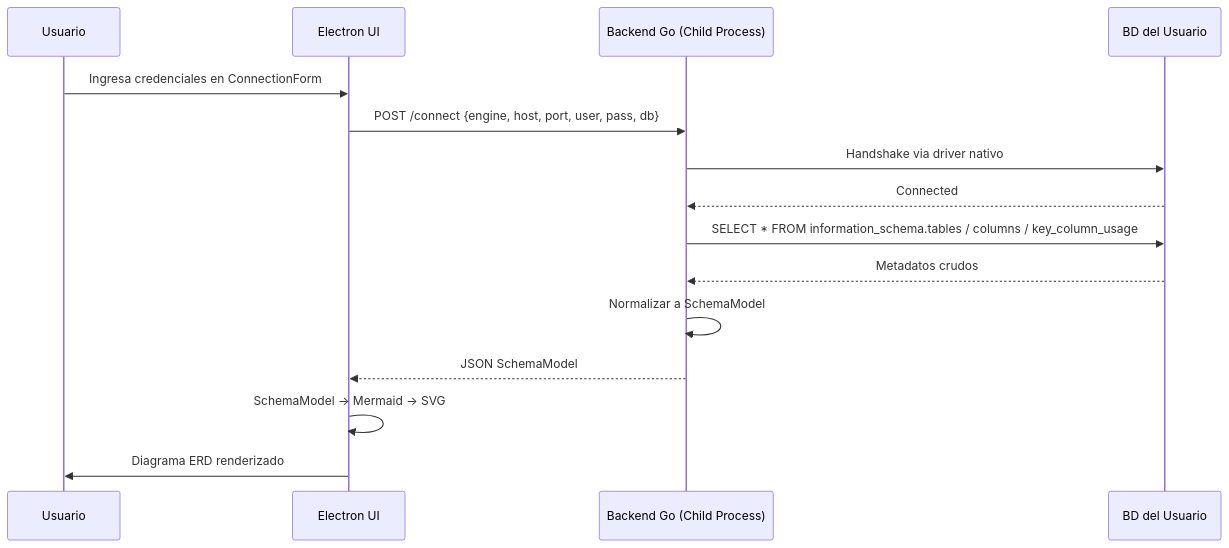
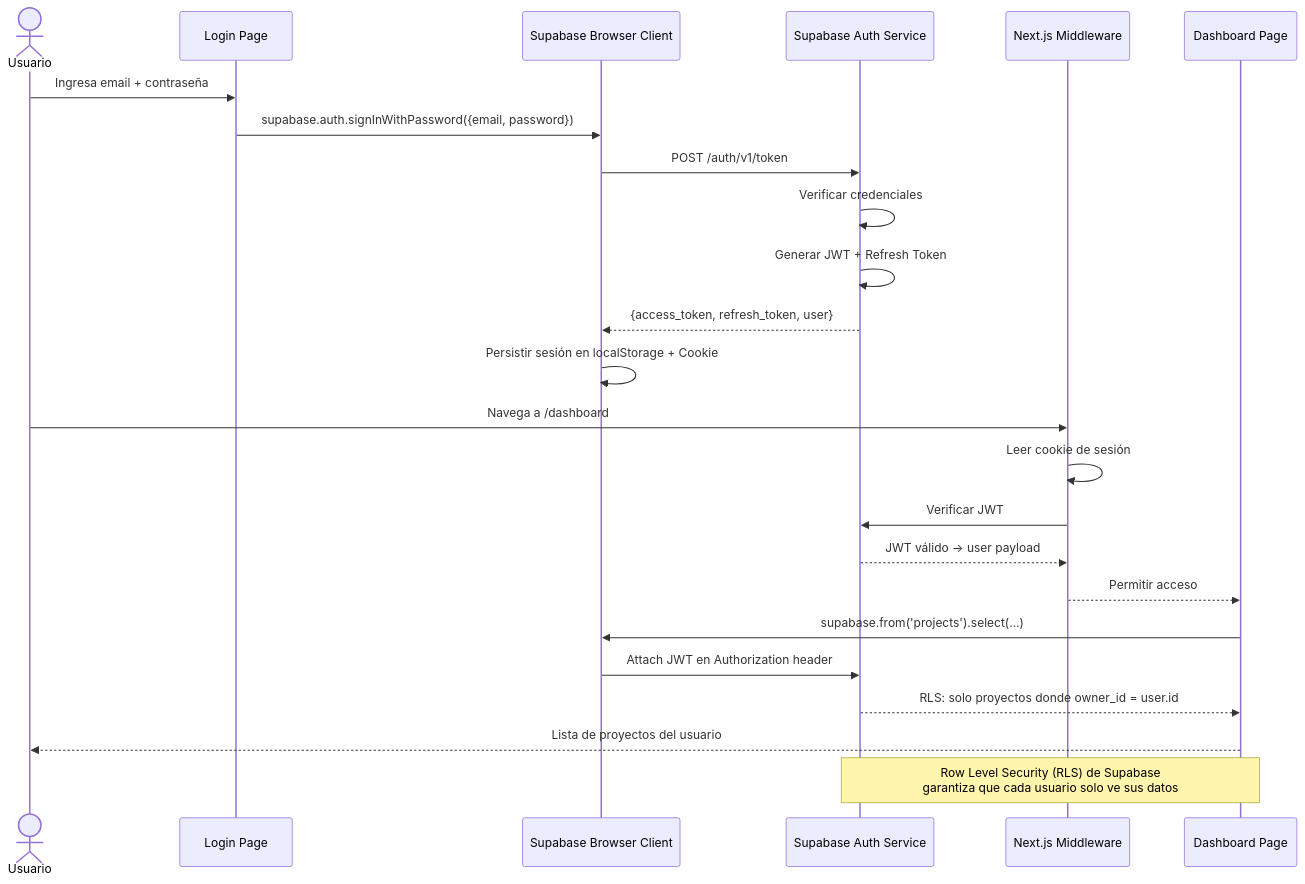
The ninth of 18 diagrams in doc/entregables_upt/FD04-Informe-Arquitectura-Software.md (iovargasjeff/fluxsql), drawn with Mermaid before and after one commit. The commit also changed other lines of this file and 2 other files, not shown here.

Commit message:
docs: add project documentation, architecture reports, and proposal files to deliverables repository

````diff
--- a/doc/entregables_upt/FD04-Informe-Arquitectura-Software.md
+++ b/doc/entregables_upt/FD04-Informe-Arquitectura-Software.md
@@ -181,18 +746,30 @@
 ```mermaid
 sequenceDiagram
-    participant U as Usuario
-    participant Electron as Electron UI
-    participant Go as Backend Go (Child Process)
-    participant DB as BD del Usuario
+    actor U as Usuario
+    participant LP as Login Page
+    participant SBC as Supabase Browser Client
+    participant SA as Supabase Auth Service
+    participant MW as Next.js Middleware
+    participant DB as Dashboard Page
 
-    U->>Electron: Ingresa credenciales en ConnectionForm
-    Electron->>Go: POST /connect {engine, host, port, user, pass, db}
-    Go->>DB: Handshake via driver nativo
-    DB-->>Go: Connected
-    Go->>DB: SELECT * FROM information_schema.tables / columns / key_column_usage
-    DB-->>Go: Metadatos crudos
-    Go->>Go: Normalizar a SchemaModel
-    Go-->>Electron: JSON SchemaModel
-    Electron->>Electron: SchemaModel → Mermaid → SVG
-    Electron->>U: Diagrama ERD renderizado
+    U->>LP: Ingresa email + contraseña
+    LP->>SBC: supabase.auth.signInWithPassword({email, password})
+    SBC->>SA: POST /auth/v1/token
+    SA->>SA: Verificar credenciales
+    SA->>SA: Generar JWT + Refresh Token
+    SA-->>SBC: {access_token, refresh_token, user}
+    SBC->>SBC: Persistir sesión en localStorage + Cookie
+
+    U->>MW: Navega a /dashboard
+    MW->>MW: Leer cookie de sesión
+    MW->>SA: Verificar JWT
+    SA-->>MW: JWT válido → user payload
+    MW-->>DB: Permitir acceso
+
+    DB->>SBC: supabase.from('projects').select(...)
+    SBC->>SA: Attach JWT en Authorization header
+    SA-->>DB: RLS: solo proyectos donde owner_id = user.id
+    DB-->>U: Lista de proyectos del usuario
+
+    Note over SA,DB: Row Level Security (RLS) de Supabase<br/>garantiza que cada usuario solo ve sus datos
 ```
````
